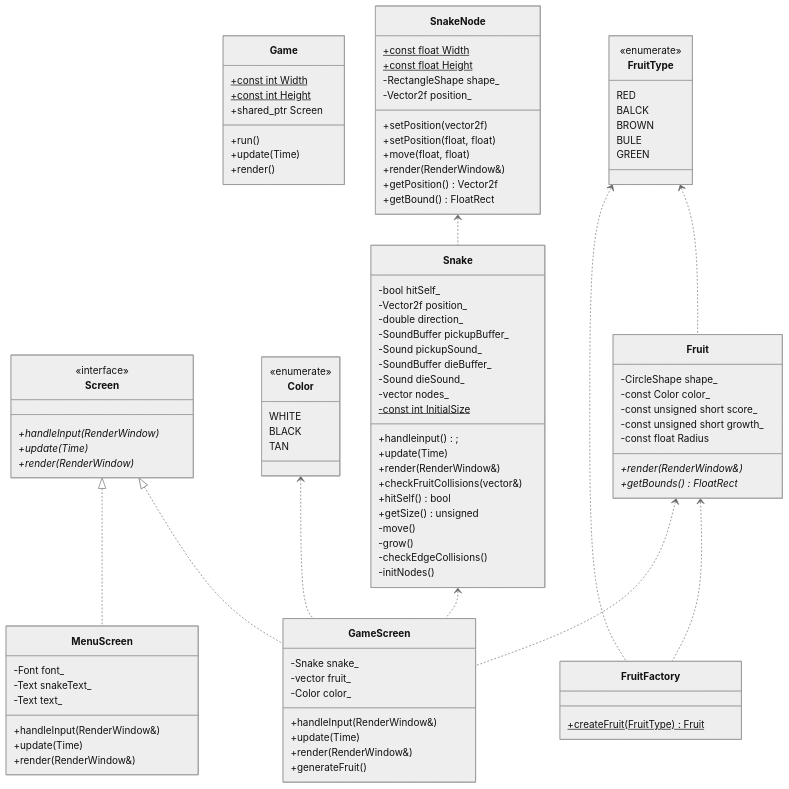
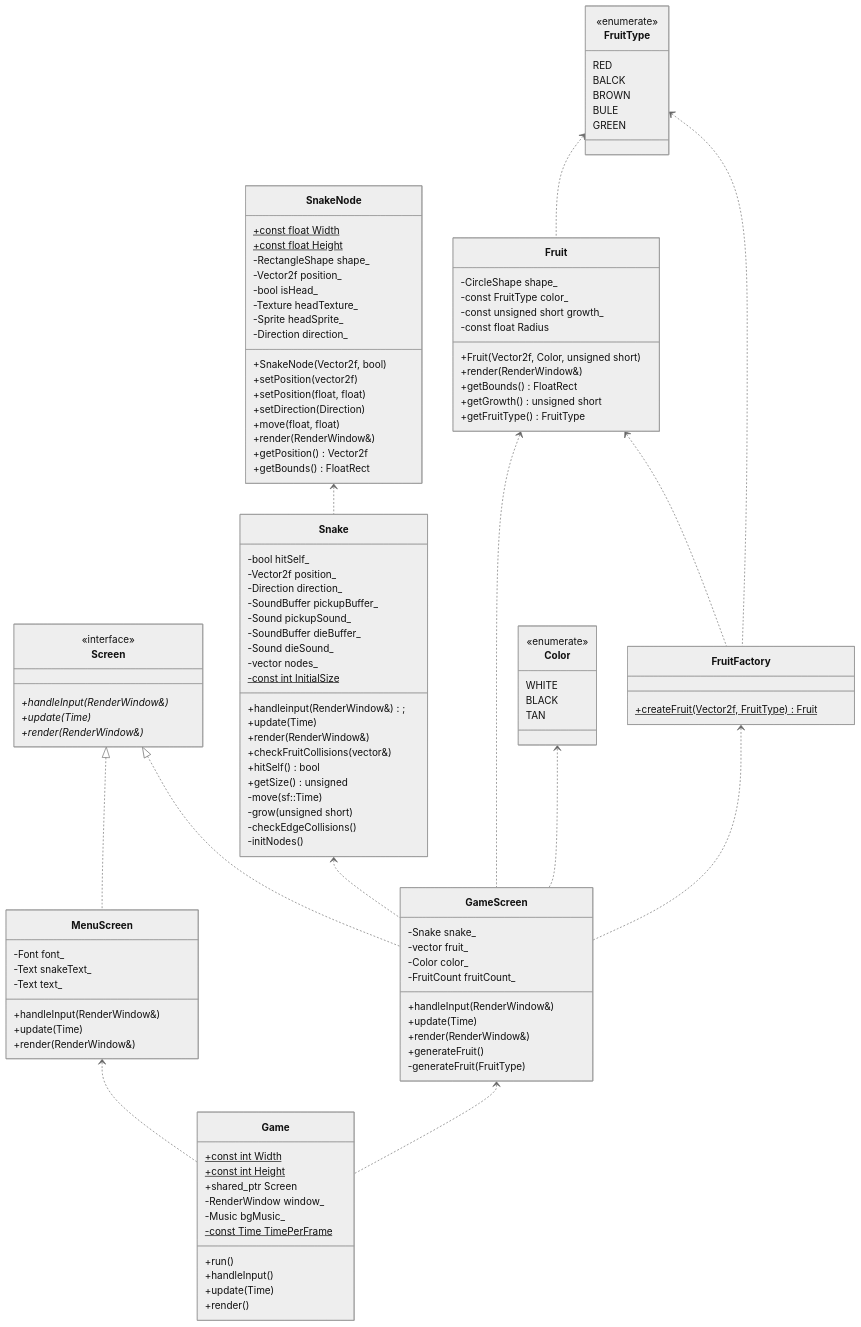
One commit to hardbrah/greedySnake changed the first of 3 diagrams in README.md. Above: the diagram before and after it, drawn with Mermaid (neutral theme). The commit also changed other lines of this file and 19 other files, not shown here.

Commit message:
multi fruits, snake head sprite, fix sound

````diff
--- a/README.md
+++ b/README.md
@@ -5,12 +5,17 @@
 ```mermaid
 classDiagram
-	class Game
-	Game : +const int Width$
-	Game : +const int Height$
-	Game : +shared_ptr<Screen> Screen
-	Game : +run()
-	Game : +update(Time)
-	Game : +render()
+	class Game{
+		+const int Width$
+		+const int Height$
+		+shared_ptr<Screen> Screen
+		+run()
+		+handleInput()
+		+update(Time)
+		+render()
+		-RenderWindow window_
+		-Music bgMusic_
+		-const Time TimePerFrame$
+	}
 	
 	class MenuScreen
 	MenuScreen : -Font font_
@@ -22,9 +27,9 @@
 	
 	class Screen{
 		<<interface>>
-		+handleInput(RenderWindow)*
+		+handleInput(RenderWindow&)*
 		+update(Time)*
-        +render(RenderWindow)*
+        +render(RenderWindow&)*
 	}
 	
 	class Color{
@@ -35,19 +40,19 @@
 	}
 	
 	class Snake{
-		+handleinput();
+		+handleinput(RenderWindow&);
 		+update(Time)
 		+render(RenderWindow&)
 		+checkFruitCollisions(vector<Fruit>&)
 		+hitSelf() bool
 		+getSize() unsigned
-		-move()
-		-grow()
+		-move(sf::Time)
+		-grow(unsigned short)
 		-checkEdgeCollisions()
 		-initNodes()
 		-bool hitSelf_
 		-Vector2f position_
-		-double direction_
+		-Direction direction_
 		-SoundBuffer pickupBuffer_
 		-Sound pickupSound_
 		-SoundBuffer dieBuffer_
@@ -57,24 +62,32 @@
 	}
 	
 	class SnakeNode{
+		+SnakeNode(Vector2f, bool)
 		+setPosition(vector2f)
 		+setPosition(float, float)
+		+setDirection(Direction)
 		+move(float, float)
 		+render(RenderWindow&)
 		+getPosition() Vector2f
-		+getBound() FloatRect
+		+getBounds() FloatRect
 		+const float Width$
 		+const float Height$
 		-RectangleShape shape_
 		-Vector2f position_
+		-bool isHead_
+		-Texture headTexture_
+		-Sprite headSprite_
+		-Direction direction_
 	}
 	
 	class Fruit{
-		+render(RenderWindow&)*
-		+getBounds() FloatRect*
+		+Fruit(Vector2f, Color, unsigned short)
+		+render(RenderWindow&)
+		+getBounds() FloatRect
+        +getGrowth() unsigned short
+        +getFruitType() FruitType
 		-CircleShape shape_
-		-const Color color_
-		-const unsigned short score_
+		-const FruitType color_
 		-const unsigned short growth_
 		-const float Radius
 	}
@@ -84,13 +97,15 @@
 		+update(Time)
 		+render(RenderWindow&)
 		+generateFruit()
+		-generateFruit(FruitType)
 		-Snake snake_
 		-vector<Fruit> fruit_
 		-Color color_
+		-FruitCount fruitCount_
 	}
 	
 	class FruitFactory{
-		+createFruit(FruitType) Fruit$
+		+createFruit(Vector2f, FruitType) Fruit$
 	}
 	
 	class FruitType{
@@ -111,4 +126,7 @@
 	FruitType <.. FruitFactory
 	FruitType <.. Fruit
 	Color <.. GameScreen
+	FruitFactory <.. GameScreen
+	MenuScreen <.. Game
+	GameScreen <.. Game
 ```
````
